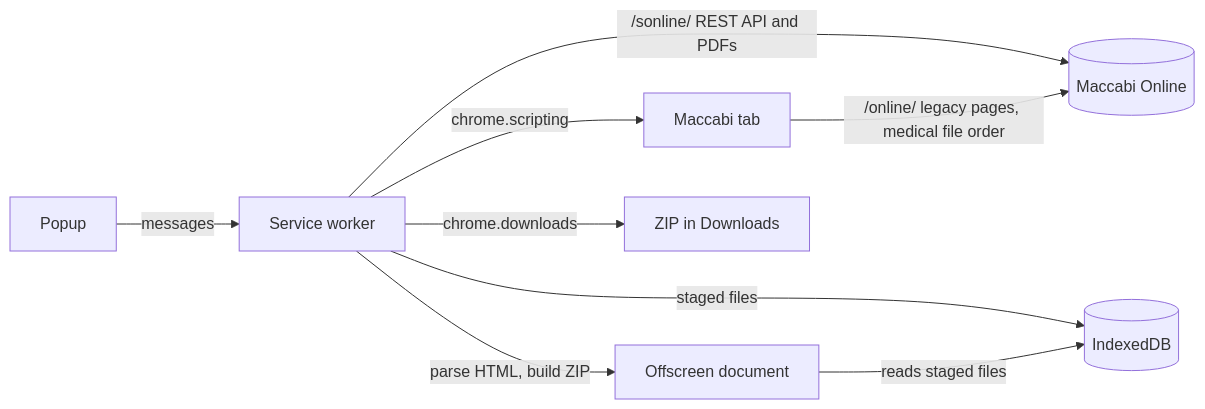
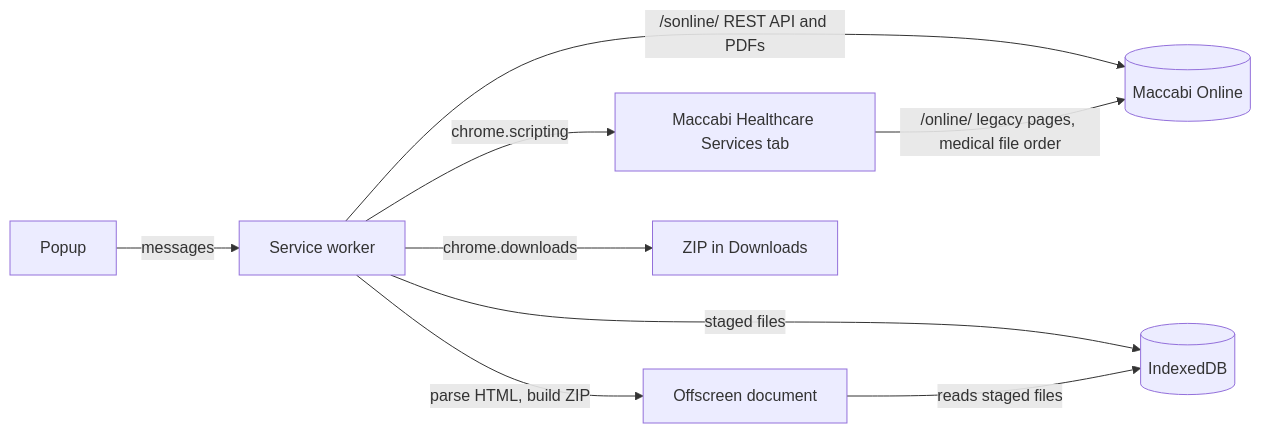
The diagram in README.md (RoniRachmani/health-records-export-for-maccabi), drawn with Mermaid before and after one commit. The commit also changed other lines of this file and 35 other files, not shown here.

````diff
--- a/README.md
+++ b/README.md
@@ -280,11 +300,11 @@
 ```mermaid
 flowchart LR
   popup[Popup] -- messages --> sw[Service worker]
   sw -- "/sonline/ REST API and PDFs" --> site[(Maccabi Online)]
-  sw -- chrome.scripting --> tab[Maccabi tab]
+  sw -- chrome.scripting --> tab[Maccabi Healthcare Services tab]
   tab -- "/online/ legacy pages, medical file order" --> site
   sw -- staged files --> idb[(IndexedDB)]
   sw -- "parse HTML, build ZIP" --> off[Offscreen document]
   off -- reads staged files --> idb
   sw -- chrome.downloads --> zip[ZIP in Downloads]
 ```
````
